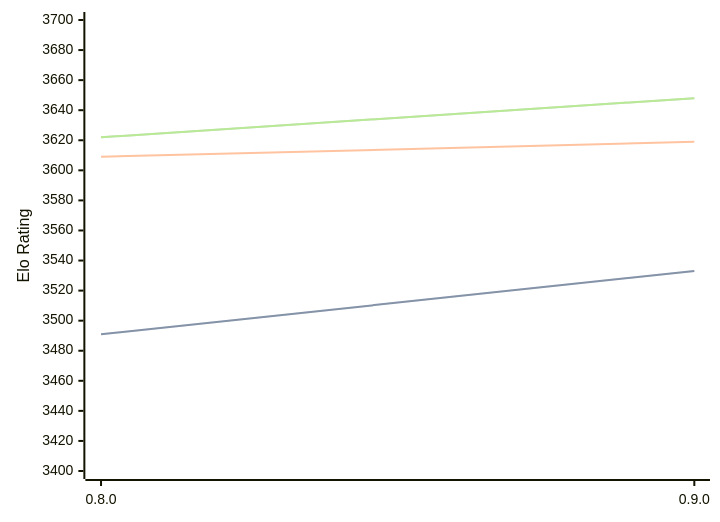
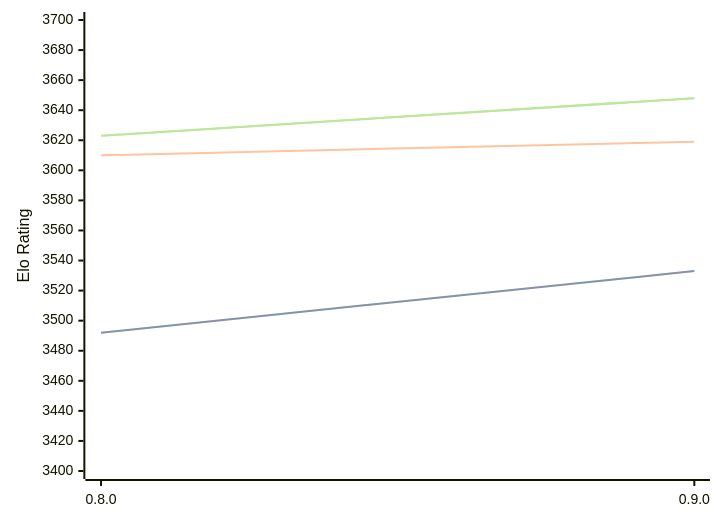
Before and after one commit to computer-chess-index/cci: the diagram in engines/Reckless.md, drawn with Mermaid. The commit also changed other lines of this file, not shown here.

Commit message:
Update CCI Ratings (ELO VLTC) - 2026-05-17

````diff
--- a/engines/Reckless.md
+++ b/engines/Reckless.md
@@ -39,11 +39,11 @@
 ```mermaid
 %%{init: {"theme":"base","themeVariables":{"seriesColors:['#a3a3a3','#222221','#faa371']}}}%%
 xychart-beta
   x-axis ["0.8.0", "0.9.0"]
   y-axis "Elo Rating" 3400 --> 3700
-  line "STC (8.0+0.08s)" [3491, 3533]
-  line "STC (8.0+0.08s)" [3491, 3533]
-  line "LTC (60.0+0.60s)" [3609, 3619]
-  line "VLTC (2m24s+1.12s)" [3622, 3648]
-  line "VLTC (2m24s+1.12s)" [3622, 3648]
+  line "STC (8.0+0.08s)" [3492, 3533]
+  line "STC (8.0+0.08s)" [3492, 3533]
+  line "LTC (60.0+0.60s)" [3610, 3619]
+  line "VLTC (2m24s+1.12s)" [3623, 3648]
+  line "VLTC (2m24s+1.12s)" [3623, 3648]
 ```
````
